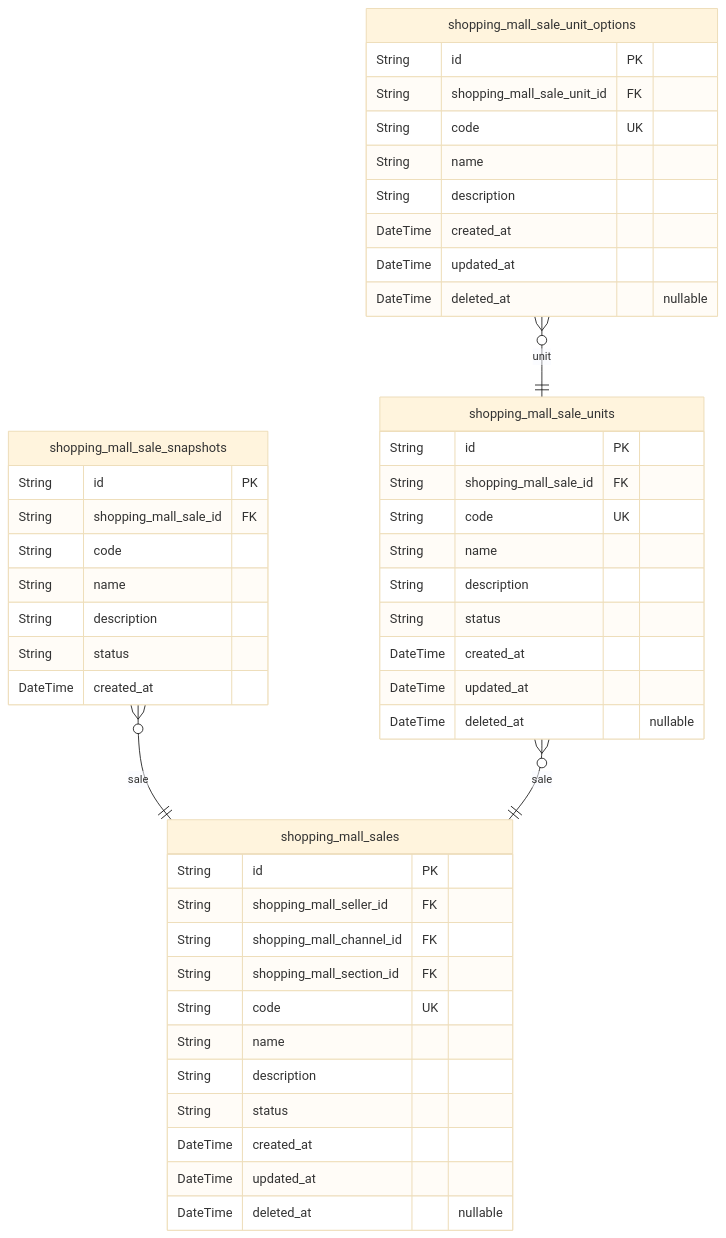
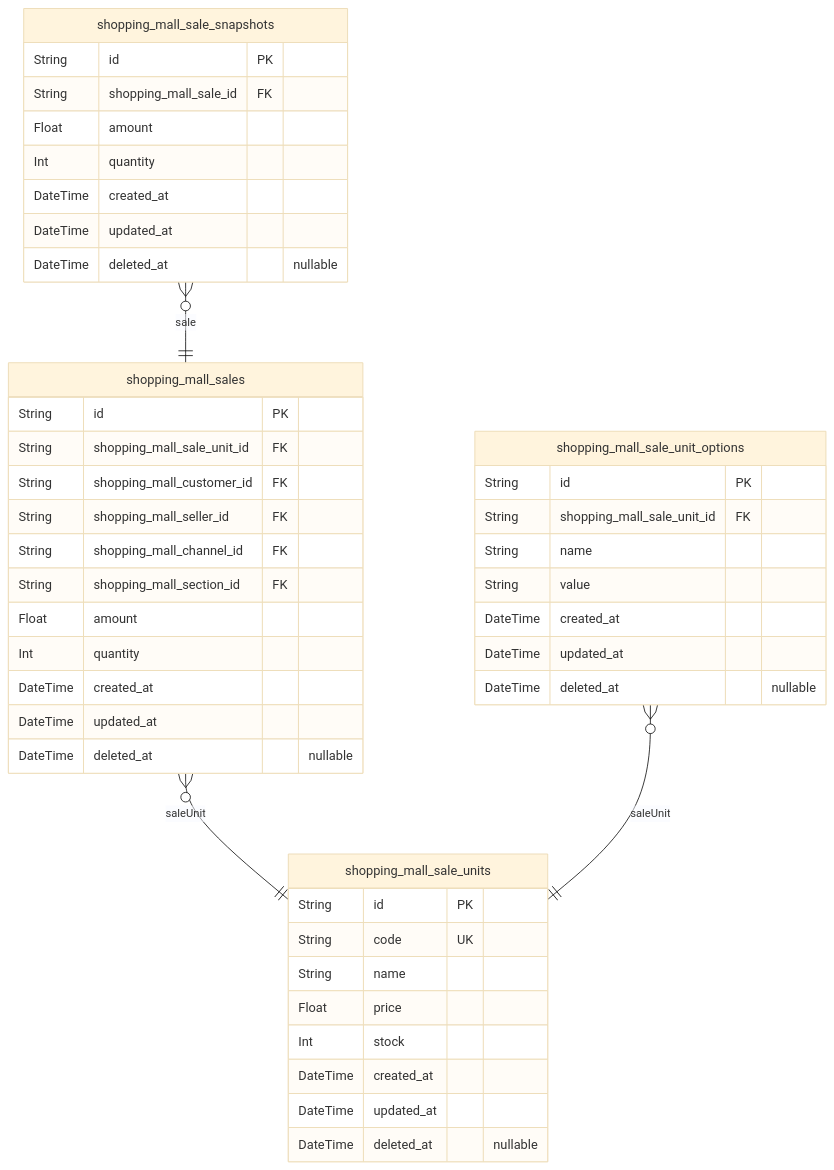
The third of 10 diagrams in mistralai/codestral-2508/shopping/docs/ERD.md (wrtnlabs/autobe-examples), drawn with Mermaid (base theme) before and after one commit. The commit also changed other lines of this file and 7173 other files, not shown here.

````diff
--- a/mistralai/codestral-2508/shopping/docs/ERD.md
+++ b/mistralai/codestral-2508/shopping/docs/ERD.md
@@ -385,49 +348,47 @@
 ```mermaid
 erDiagram
 "shopping_mall_sales" {
   String id PK
+  String shopping_mall_sale_unit_id FK
+  String shopping_mall_customer_id FK
   String shopping_mall_seller_id FK
   String shopping_mall_channel_id FK
   String shopping_mall_section_id FK
-  String code UK
-  String name
-  String description
-  String status
+  Float amount
+  Int quantity
   DateTime created_at
   DateTime updated_at
   DateTime deleted_at "nullable"
 }
 "shopping_mall_sale_snapshots" {
   String id PK
   String shopping_mall_sale_id FK
-  String code
-  String name
-  String description
-  String status
+  Float amount
+  Int quantity
   DateTime created_at
+  DateTime updated_at
+  DateTime deleted_at "nullable"
 }
 "shopping_mall_sale_units" {
   String id PK
-  String shopping_mall_sale_id FK
   String code UK
   String name
-  String description
-  String status
+  Float price
+  Int stock
   DateTime created_at
   DateTime updated_at
   DateTime deleted_at "nullable"
 }
 "shopping_mall_sale_unit_options" {
   String id PK
   String shopping_mall_sale_unit_id FK
-  String code UK
   String name
-  String description
+  String value
   DateTime created_at
   DateTime updated_at
   DateTime deleted_at "nullable"
 }
+"shopping_mall_sales" }o--|| "shopping_mall_sale_units" : saleUnit
 "shopping_mall_sale_snapshots" }o--|| "shopping_mall_sales" : sale
-"shopping_mall_sale_units" }o--|| "shopping_mall_sales" : sale
-"shopping_mall_sale_unit_options" }o--|| "shopping_mall_sale_units" : unit
+"shopping_mall_sale_unit_options" }o--|| "shopping_mall_sale_units" : saleUnit
 ```
````
